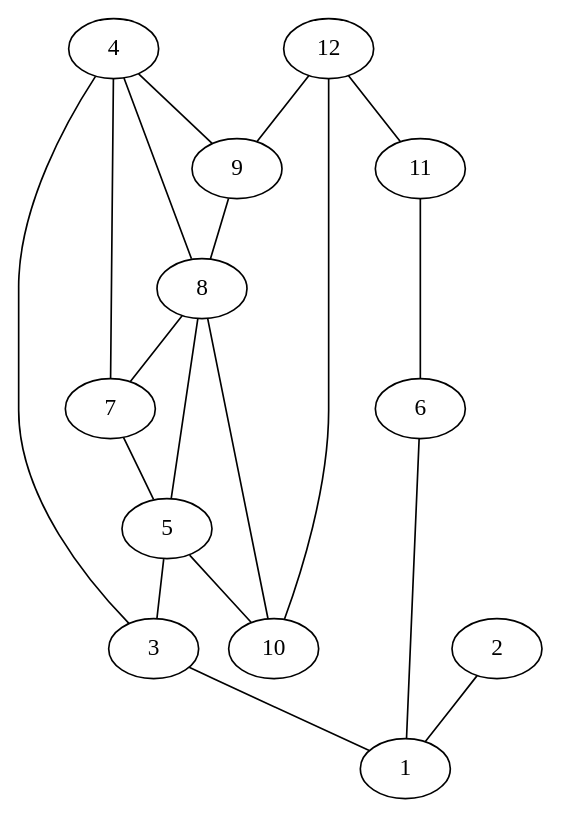
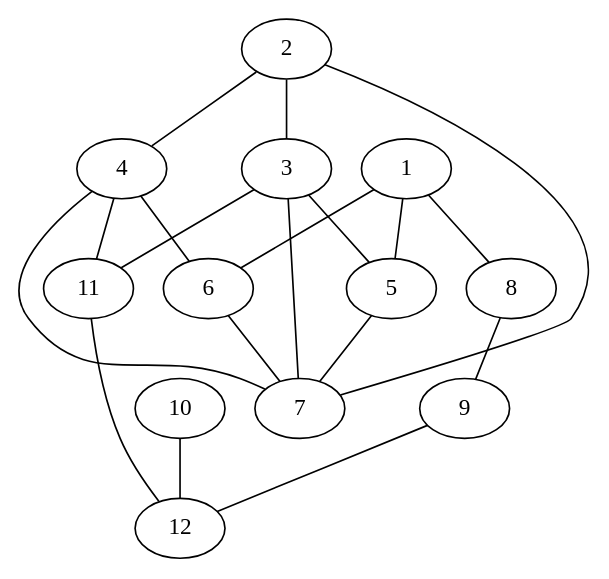
Before and after one commit to hugomoura10/DataVisualization: the diagram in heuristic copy.dot, drawn with Graphviz. The commit also changed 2 other files, not shown here.

```diff
--- a/heuristic copy.dot
+++ b/heuristic copy.dot
@@ -1,32 +1,32 @@
 graph G {
 1;
 2;
 3;
 4;
 5;
 6;
 7;
 8;
 9;
 10;
 11;
 12;
-2 -- 1;
-3 -- 1;
-4 -- 3;
-4 -- 9;
-5 -- 3;
-5 -- 10;
-6 -- 1;
-7 -- 4;
-7 -- 5;
-8 -- 4;
-8 -- 5;
-8 -- 7;
-9 -- 8;
-10 -- 8;
-11 -- 6;
-12 -- 9;
-12 -- 10;
-12 -- 11;
+1 -- 5;
+1 -- 6;
+1 -- 8;
+2 -- 3;
+2 -- 4;
+2 -- 7;
+3 -- 5;
+3 -- 7;
+3 -- 11;
+4 -- 6;
+4 -- 7;
+4 -- 11;
+5 -- 7;
+6 -- 7;
+8 -- 9;
+9 -- 12;
+10 -- 12;
+11 -- 12;
 }
```
